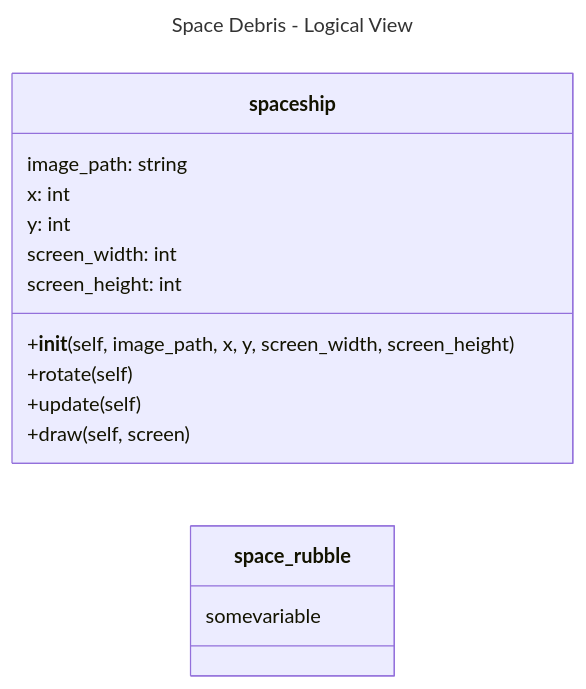
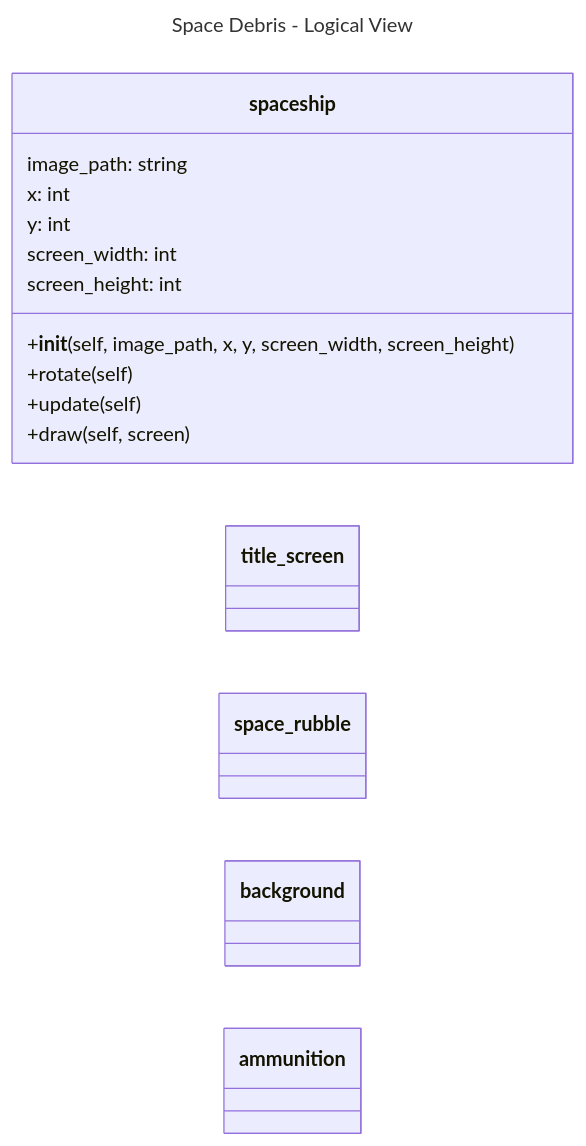
Before and after one commit to mmehta2669/Final_Project_Group_2: the diagram in README.md, drawn with Mermaid.

````diff
--- a/README.md
+++ b/README.md
@@ -14,28 +14,37 @@
 ```mermaid
 ---
 title: Space Debris - Logical View
 ---
 classDiagram 
  direction LR
  class spaceship {
   image_path: string
   x: int
   y: int
   screen_width: int
   screen_height: int 
   +__init__(self, image_path, x, y, screen_width, screen_height)
   +rotate(self)
   +update(self)
   +draw(self, screen)
 }
-title_screen
 
-space_rubble
-space_rubble : somevariable
+ class title_screen {
 
-background
+}
 
-ammunition
+ class space_rubble {
+
+}
+
+
+ class background {
+
+}
+
+ class ammunition {
+
+}
 
 
 ```
````
